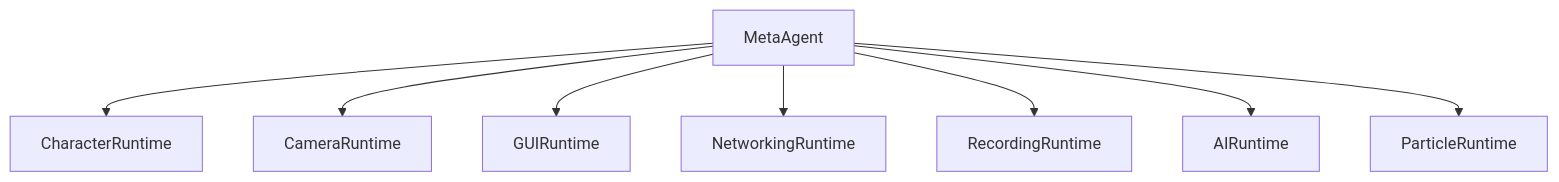
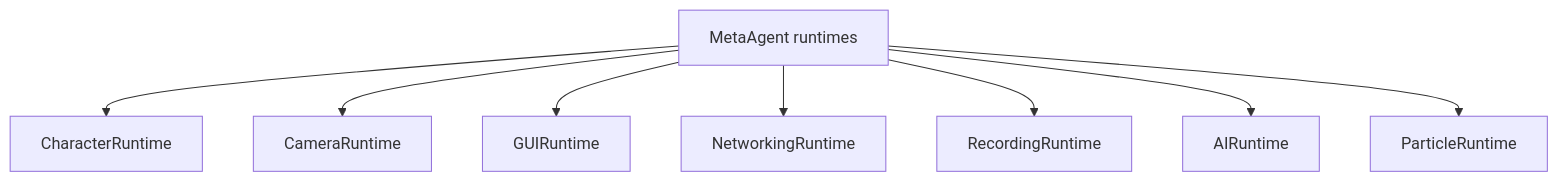
Before and after one commit to vecnode/metaagent-ue5-plugin: the first of 6 diagrams in README.md, drawn with Mermaid. The commit also changed other lines of this file and 2 other files, not shown here.

````diff
--- a/README.md
+++ b/README.md
@@ -12,19 +15,19 @@
 ```mermaid
 flowchart TD
-	A[MetaAgent]
-	B[CharacterRuntime]
-	C[CameraRuntime]
-	D[GUIRuntime]
-	E[NetworkingRuntime]
-	F[RecordingRuntime]
-	G[AIRuntime]
-	H[ParticleRuntime]
+    A[MetaAgent runtimes]
+    B[CharacterRuntime]
+    C[CameraRuntime]
+    D[GUIRuntime]
+    E[NetworkingRuntime]
+    F[RecordingRuntime]
+    G[AIRuntime]
+    H[ParticleRuntime]
 
-	A --> B
-	A --> C
-	A --> D
-	A --> E
-	A --> F
-	A --> G
-	A --> H
+    A --> B
+    A --> C
+    A --> D
+    A --> E
+    A --> F
+    A --> G
+    A --> H
 ```
````
